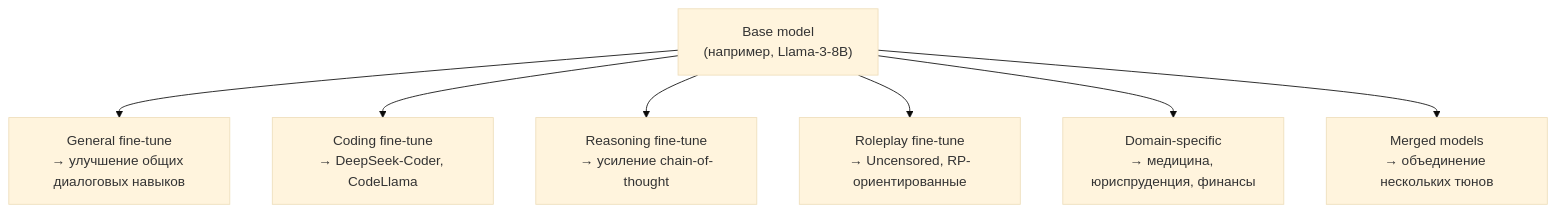
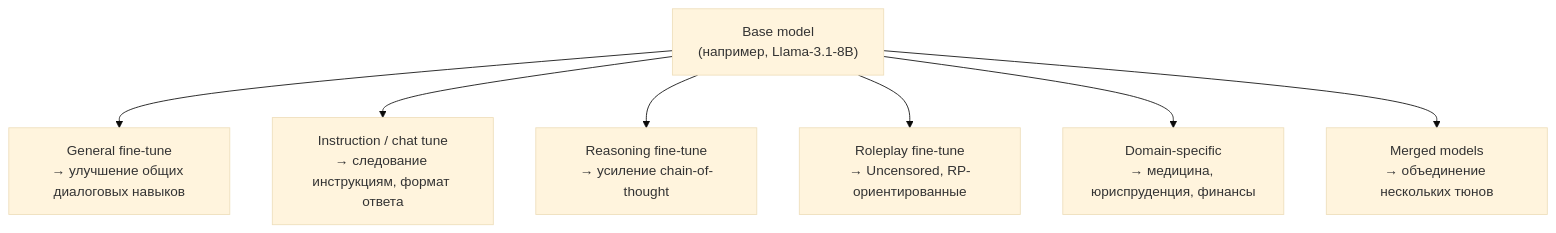
The second of 7 diagrams in chapter0/README.md (io982/firstAgent), drawn with Mermaid (base theme) before and after one commit. The commit also changed other lines of this file, not shown here.

````diff
--- a/chapter0/README.md
+++ b/chapter0/README.md
@@ -336,10 +344,10 @@
 ```mermaid
 graph TD
-    Base["Base model<br/>(например, Llama-3-8B)"]
+    Base["Base model<br/>(например, Llama-3.1-8B)"]
     Base --> General["General fine-tune<br/>→ улучшение общих диалоговых навыков"]
-    Base --> Coding["Coding fine-tune<br/>→ DeepSeek-Coder, CodeLlama"]
+    Base --> Instruct["Instruction / chat tune<br/>→ следование инструкциям, формат ответа"]
     Base --> Reasoning["Reasoning fine-tune<br/>→ усиление chain-of-thought"]
     Base --> Roleplay["Roleplay fine-tune<br/>→ Uncensored, RP-ориентированные"]
     Base --> Domain["Domain-specific<br/>→ медицина, юриспруденция, финансы"]
     Base --> Merged["Merged models<br/>→ объединение нескольких тюнов"]
 ```
````
